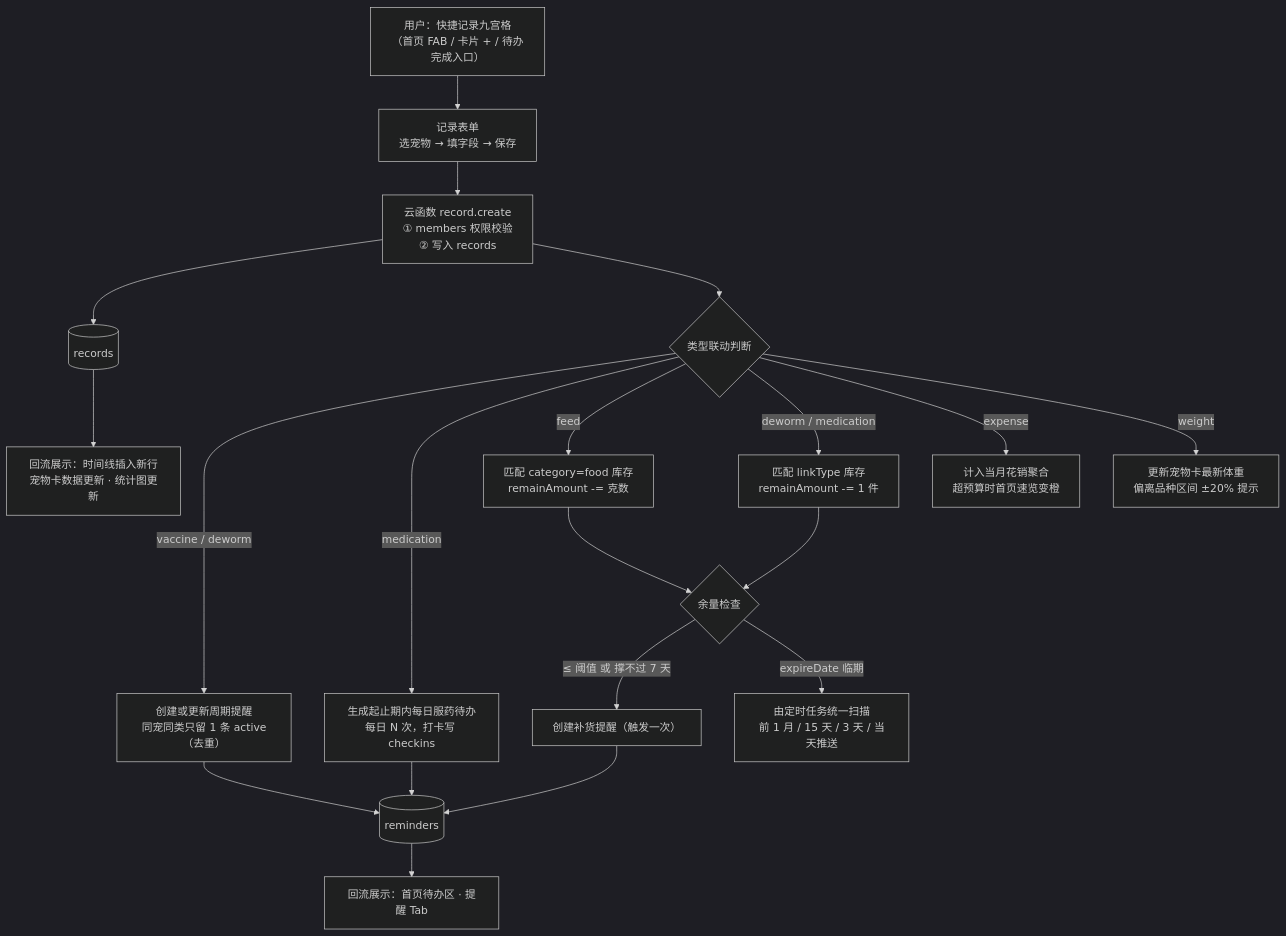
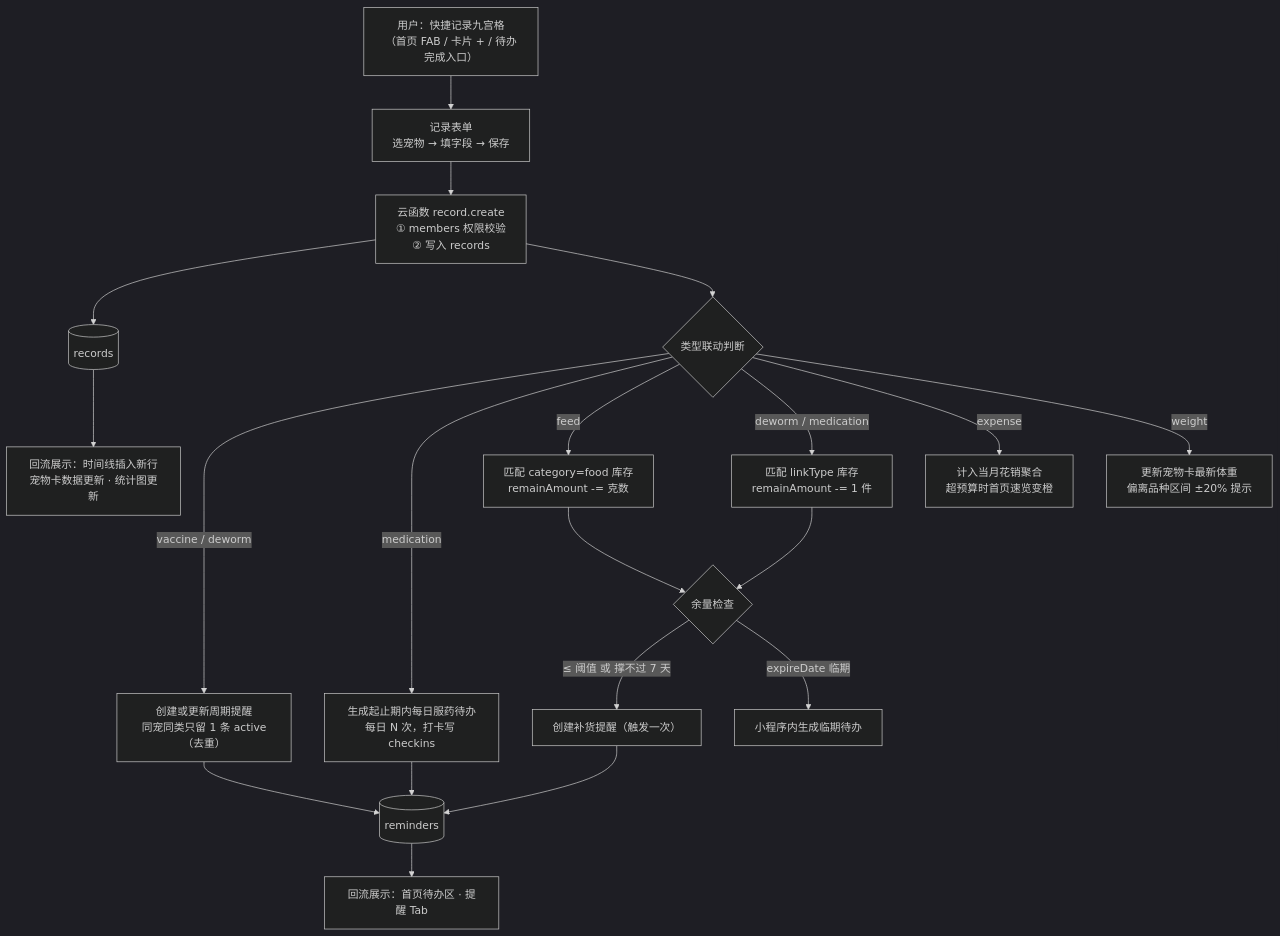
One commit to caojingwen17/maoqiu changed the second of 5 diagrams in doc/产品架构与数据流图.md. Above: the diagram before and after it, drawn with Mermaid (dark theme). The commit also changed other lines of this file and 349 other files, not shown here.

````diff
--- a/doc/产品架构与数据流图.md
+++ b/doc/产品架构与数据流图.md
@@ -85,23 +82,23 @@
 ```mermaid
 flowchart TD
   U["用户：快捷记录九宫格<br/>（首页 FAB / 卡片 + / 待办完成入口）"] --> F["记录表单<br/>选宠物 → 填字段 → 保存"]
   F --> CF["云函数 record.create<br/>① members 权限校验<br/>② 写入 records"]
   CF --> R[("records")]
 
   CF --> Q1{类型联动判断}
   Q1 -->|"vaccine / deworm"| A1["创建或更新周期提醒<br/>同宠同类只留 1 条 active（去重）"]
   Q1 -->|"medication"| A2["生成起止期内每日服药待办<br/>每日 N 次，打卡写 checkins"]
   Q1 -->|"feed"| A3["匹配 category=food 库存<br/>remainAmount -= 克数"]
   Q1 -->|"deworm / medication"| A4["匹配 linkType 库存<br/>remainAmount -= 1 件"]
   Q1 -->|"expense"| A5["计入当月花销聚合<br/>超预算时首页速览变橙"]
   Q1 -->|"weight"| A6["更新宠物卡最新体重<br/>偏离品种区间 ±20% 提示"]
 
   A1 & A2 --> RM[("reminders")]
   A3 & A4 --> CHK{余量检查}
   CHK -->|"≤ 阈值 或 撑不过 7 天"| A7["创建补货提醒（触发一次）"]
   A7 --> RM
-  CHK -->|"expireDate 临期"| A8["由定时任务统一扫描<br/>前 1 月 / 15 天 / 3 天 / 当天推送"]
+  CHK -->|"expireDate 临期"| A8["小程序内生成临期待办"]
 
   R --> V["回流展示：时间线插入新行<br/>宠物卡数据更新 · 统计图更新"]
   RM --> V2["回流展示：首页待办区 · 提醒 Tab"]
 ```
````
